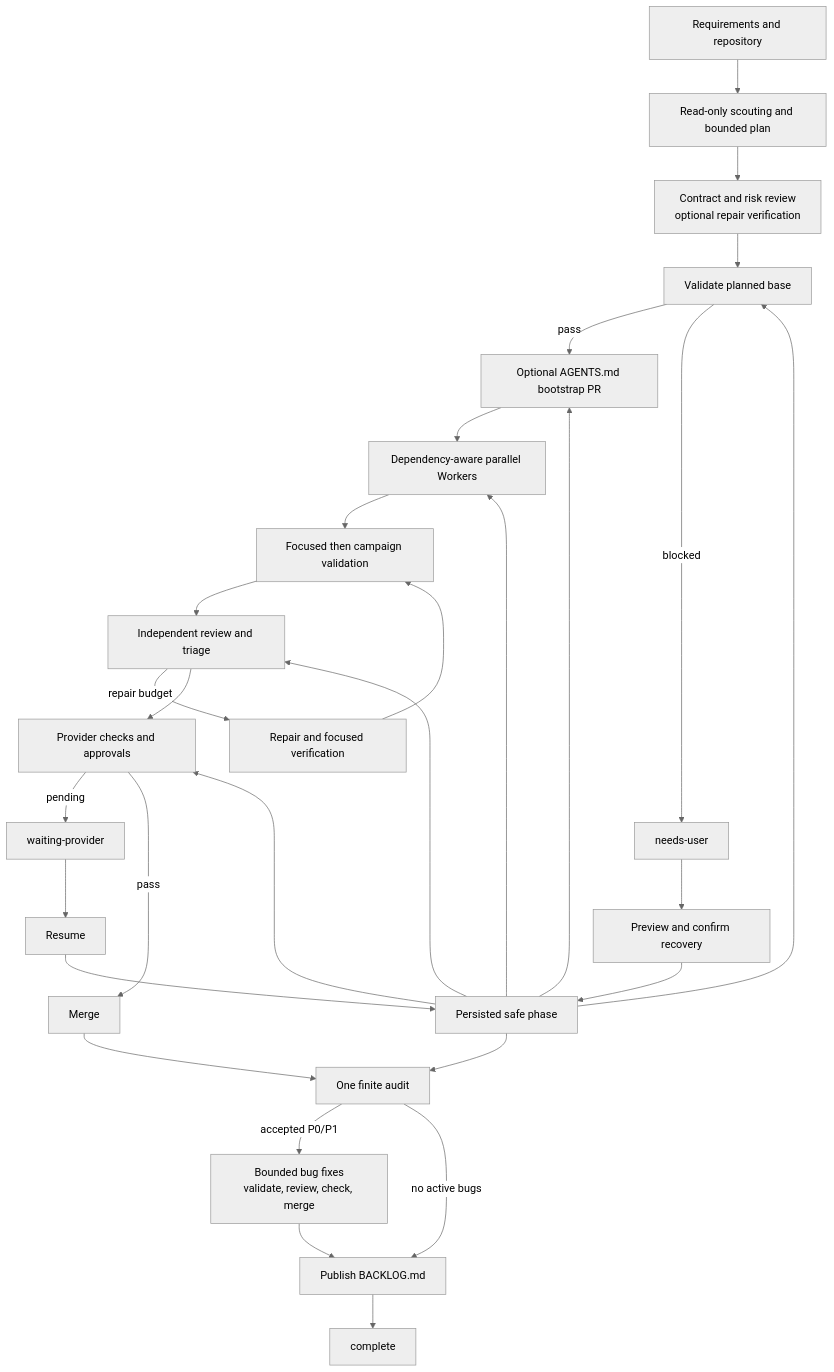
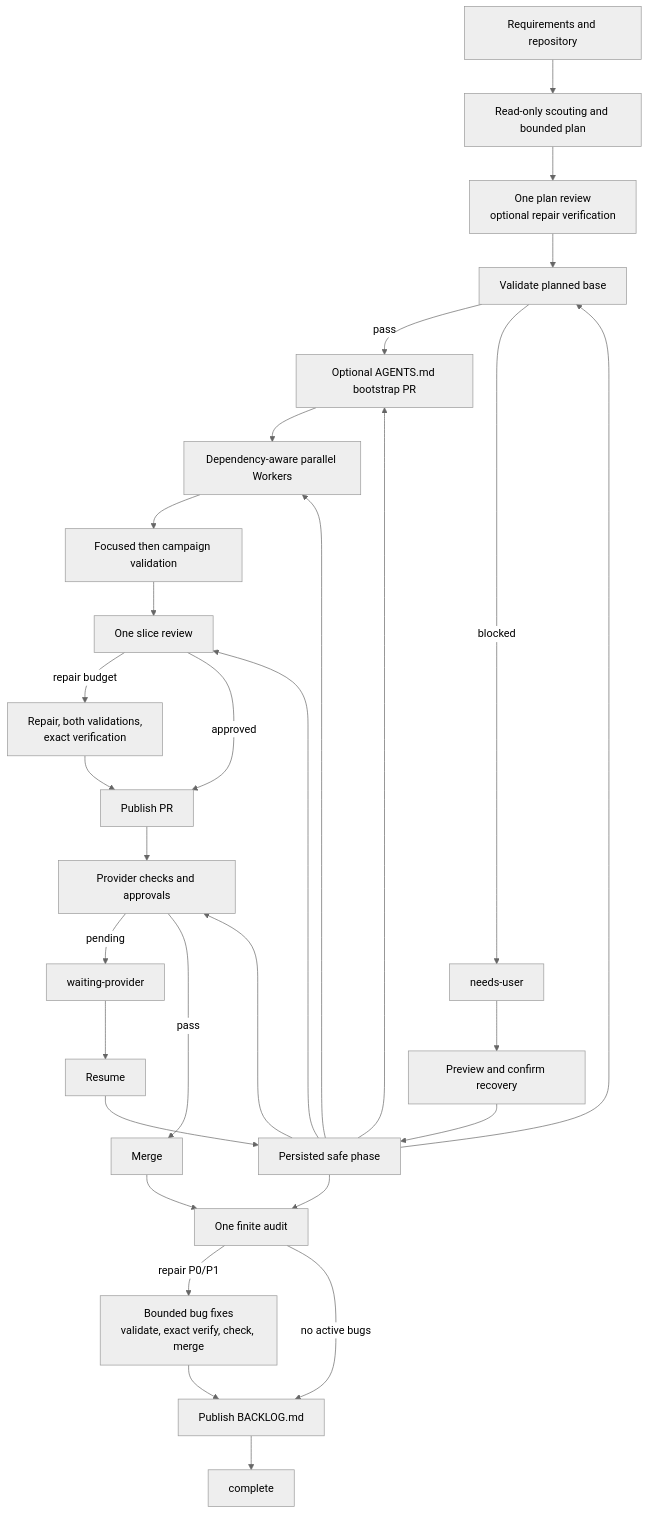
One commit to Kmac907/Relay changed the diagram in README.md. Above: the diagram before and after it, drawn with Mermaid (neutral theme). The commit also changed other lines of this file and 5 other files, not shown here.

Commit message:
Simplify slice review workflow (#36)

````diff
--- a/README.md
+++ b/README.md
@@ -127,31 +127,32 @@
 ```mermaid
 flowchart TD
     R[Requirements and repository] --> P[Read-only scouting and bounded plan]
-    P --> PR[Contract and risk review<br/>optional repair verification]
+    P --> PR[One plan review<br/>optional repair verification]
     PR --> B[Validate planned base]
     B -->|pass| G[Optional AGENTS.md bootstrap PR]
     B -->|blocked| NU[needs-user]
     G --> W[Dependency-aware parallel Workers]
     W --> V[Focused then campaign validation]
-    V --> RV[Independent review and triage]
-    RV -->|repair budget| RP[Repair and focused verification]
-    RP --> V
-    RV --> PC[Provider checks and approvals]
+    V --> RV[One slice review]
+    RV -->|repair budget| RP[Repair, both validations,<br/>exact verification]
+    RP --> PUB[Publish PR]
+    RV -->|approved| PUB
+    PUB --> PC[Provider checks and approvals]
     PC -->|pending| WP[waiting-provider]
     PC -->|pass| M[Merge]
     M --> A[One finite audit]
-    A -->|accepted P0/P1| BF[Bounded bug fixes<br/>validate, review, check, merge]
+    A -->|repair P0/P1| BF[Bounded bug fixes<br/>validate, exact verify, check, merge]
     BF --> BL
     A -->|no active bugs| BL[Publish BACKLOG.md]
     BL --> C[complete]
     NU --> REC[Preview and confirm recovery]
     WP --> RES[Resume]
     REC --> PS[Persisted safe phase]
     RES --> PS
     PS --> B
     PS --> G
     PS --> W
     PS --> RV
     PS --> PC
     PS --> A
 ```
````
